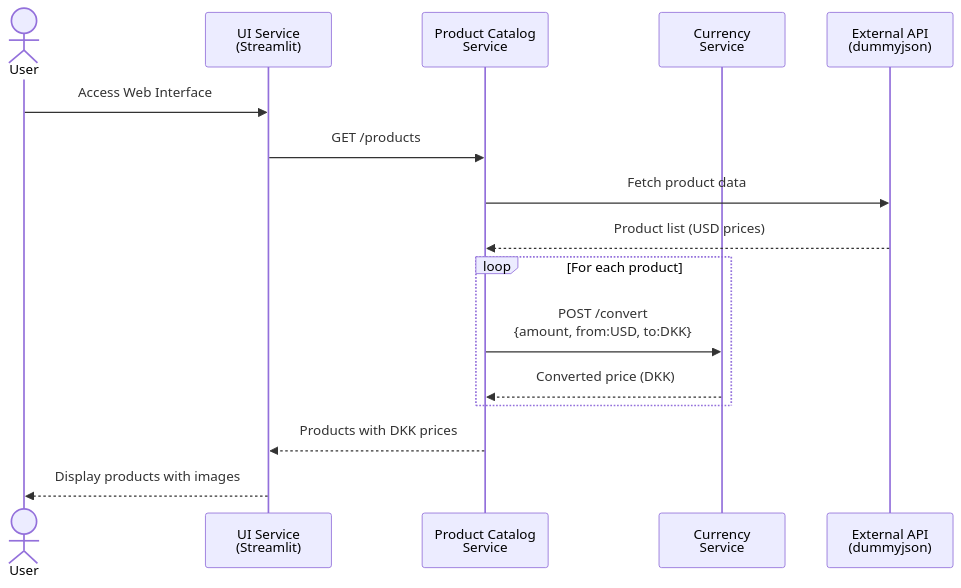
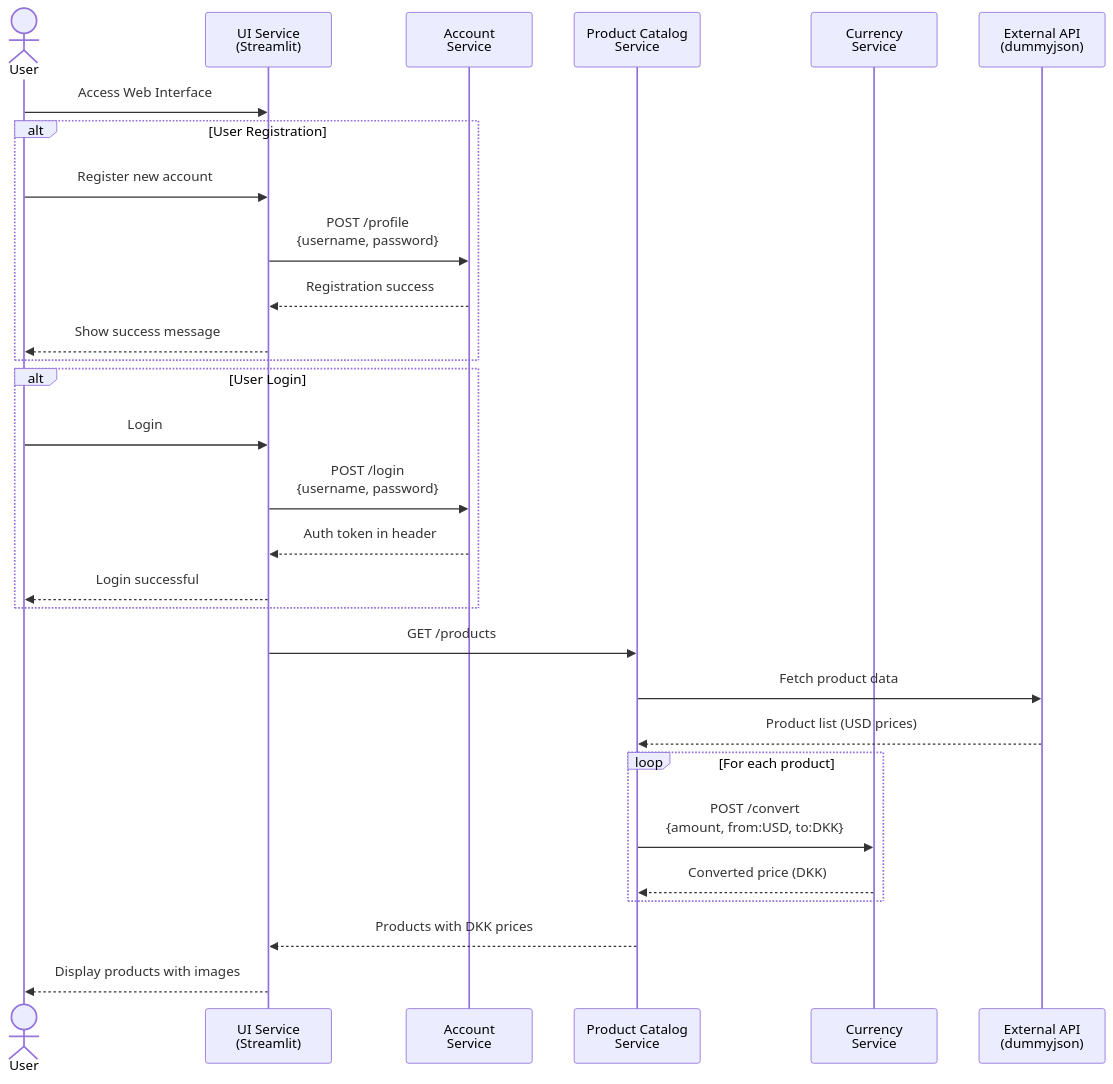
One commit to ITAKEA/Shopping_Site_Microservices changed the second of 7 diagrams in documentation/arkitektur.md. Above: the diagram before and after it, drawn with Mermaid. The commit also changed other lines of this file and 14 other files, not shown here.

````diff
--- a/documentation/arkitektur.md
+++ b/documentation/arkitektur.md
@@ -63,21 +71,37 @@
 ```mermaid
 sequenceDiagram
     actor User
     participant UI as UI Service<br/>(Streamlit)
+    participant AS as Account<br/>Service
     participant PS as Product Catalog<br/>Service
     participant CS as Currency<br/>Service
     participant Ext as External API<br/>(dummyjson)
 
     User->>UI: Access Web Interface
+
+    alt User Registration
+        User->>UI: Register new account
+        UI->>AS: POST /profile<br/>{username, password}
+        AS-->>UI: Registration success
+        UI-->>User: Show success message
+    end
+
+    alt User Login
+        User->>UI: Login
+        UI->>AS: POST /login<br/>{username, password}
+        AS-->>UI: Auth token in header
+        UI-->>User: Login successful
+    end
+
     UI->>PS: GET /products
     PS->>Ext: Fetch product data
     Ext-->>PS: Product list (USD prices)
 
     loop For each product
         PS->>CS: POST /convert<br/>{amount, from:USD, to:DKK}
         CS-->>PS: Converted price (DKK)
     end
 
     PS-->>UI: Products with DKK prices
     UI-->>User: Display products with images
 ```
````
